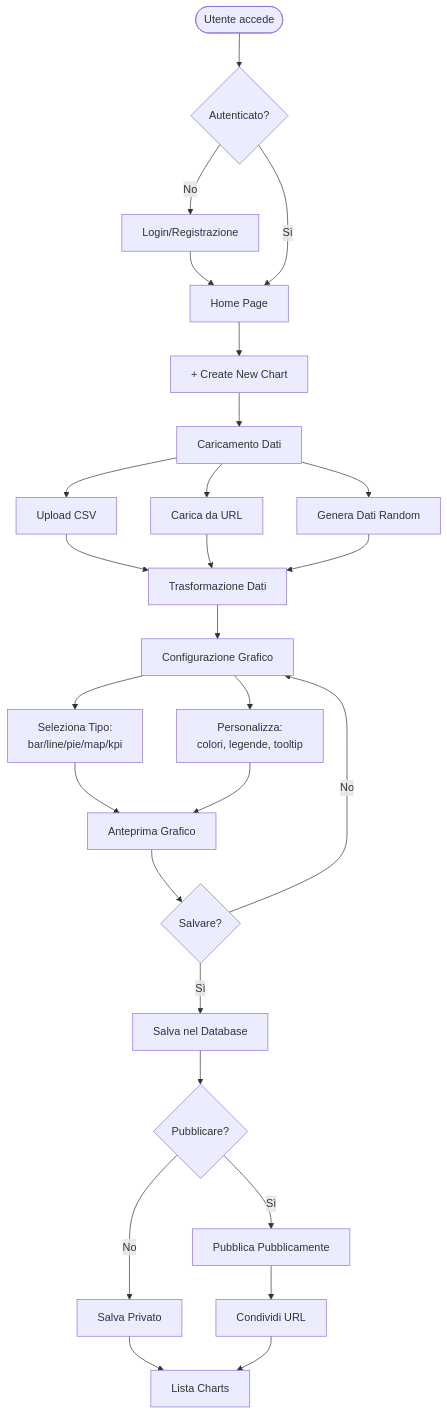
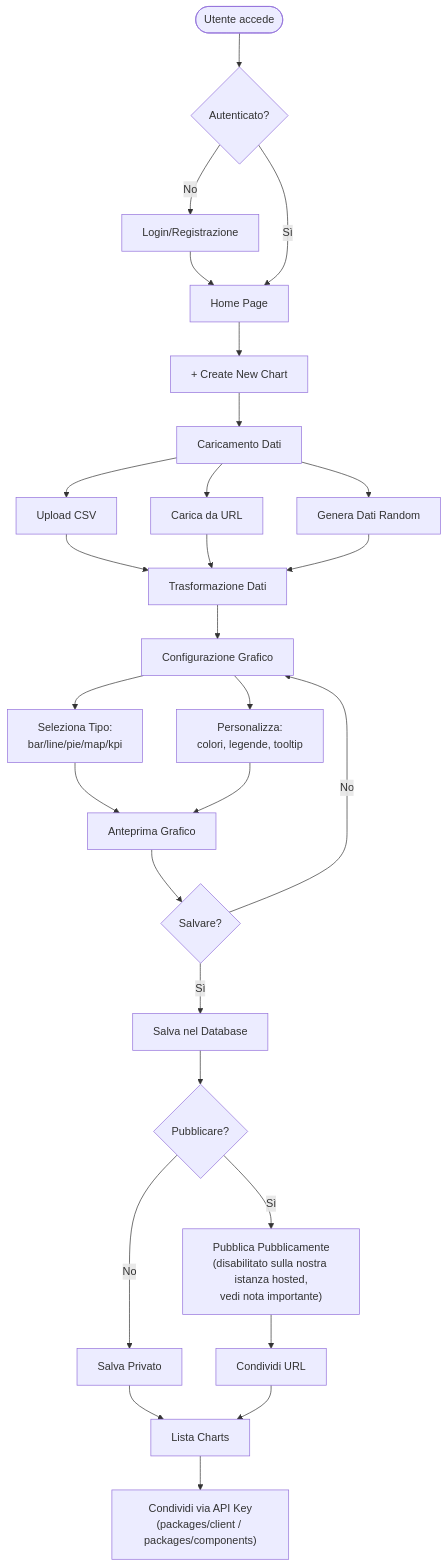
Before and after one commit to italia/graph-italia: the second of 14 diagrams in README.md, drawn with Mermaid. The commit also changed other lines of this file and 5 other files, not shown here.

````diff
--- a/README.md
+++ b/README.md
@@ -365,37 +416,38 @@
 ```mermaid
 flowchart TD
     Start([Utente accede]) --> Login{Autenticato?}
     Login -->|No| Auth[Login/Registrazione]
     Auth --> Home[Home Page]
     Login -->|Sì| Home
 
     Home --> Create[+ Create New Chart]
     Create --> Load[Caricamento Dati]
 
     Load --> CSV[Upload CSV]
     Load --> URL[Carica da URL]
     Load --> Gen[Genera Dati Random]
 
     CSV --> Transform[Trasformazione Dati]
     URL --> Transform
     Gen --> Transform
 
     Transform --> Config[Configurazione Grafico]
     Config --> SelectType[Seleziona Tipo:<br/>bar/line/pie/map/kpi]
     Config --> Customize[Personalizza:<br/>colori, legende, tooltip]
 
     SelectType --> Preview[Anteprima Grafico]
     Customize --> Preview
 
     Preview --> Save{Salvare?}
     Save -->|Sì| SaveDB[Salva nel Database]
     Save -->|No| Config
 
     SaveDB --> Publish{Pubblicare?}
-    Publish -->|Sì| Public[Pubblica Pubblicamente]
+    Publish -->|Sì| Public["Pubblica Pubblicamente<br/>(disabilitato sulla nostra istanza hosted,<br/>vedi nota importante)"]
     Publish -->|No| Private[Salva Privato]
 
     Public --> Share[Condividi URL]
     Private --> List[Lista Charts]
     Share --> List
+    List --> ApiShare["Condividi via API Key<br/>(packages/client / packages/components)"]
 ```
````
